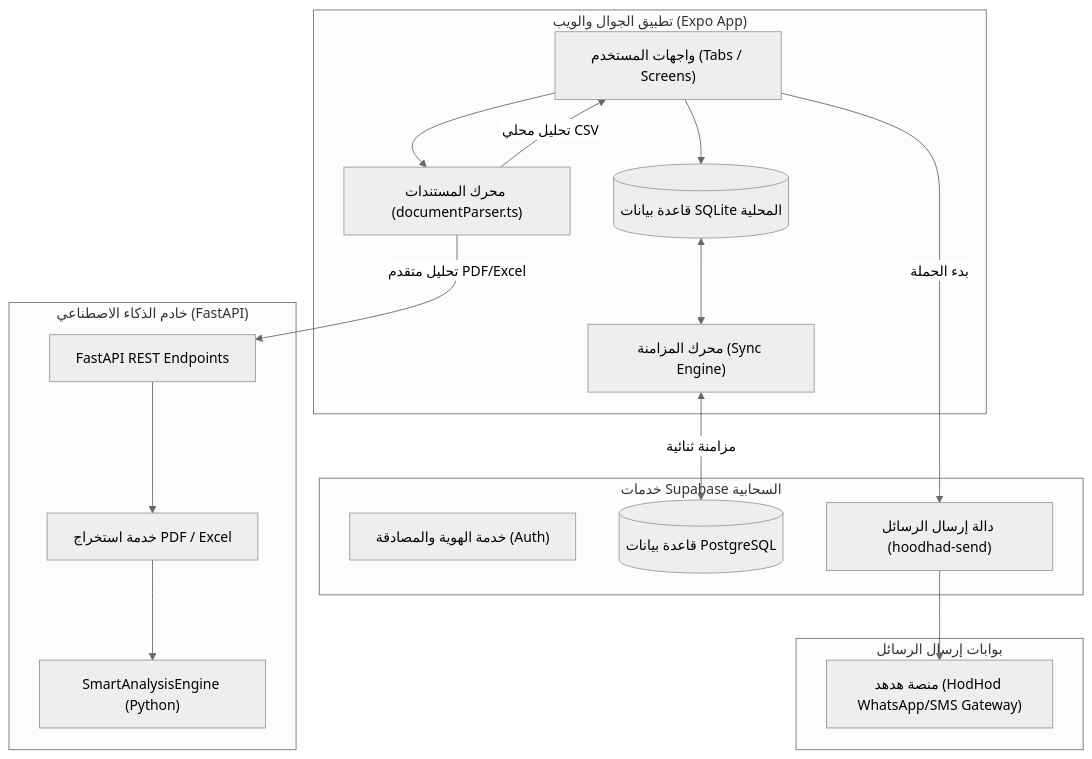
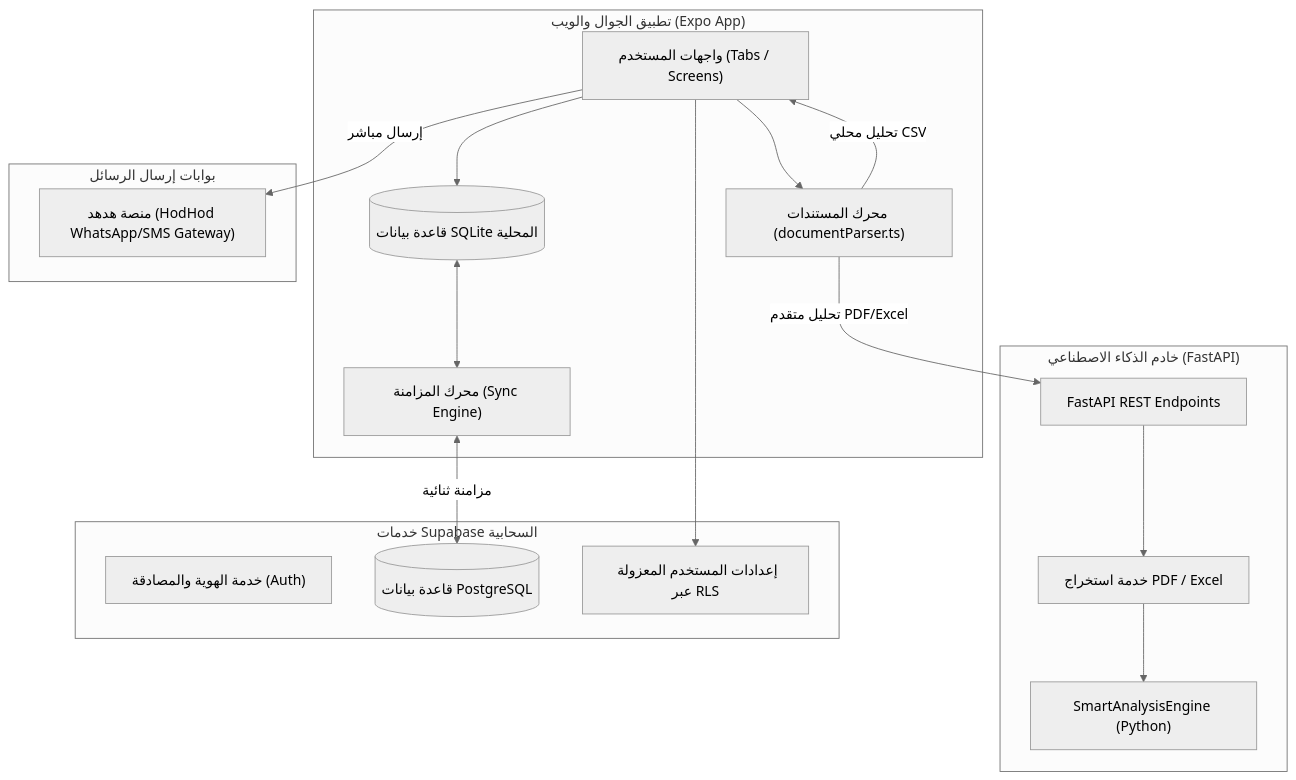
The diagram in docs/TECHNOLOGY-SPECIFICATION.md (Ammarhmlh5/SMS-Smarthoob), drawn with Mermaid (neutral theme) before and after one commit. The commit also changed other lines of this file and 36 other files, not shown here.

````diff
--- a/docs/TECHNOLOGY-SPECIFICATION.md
+++ b/docs/TECHNOLOGY-SPECIFICATION.md
@@ -30,36 +30,36 @@
 ```mermaid
 graph TB
     subgraph Client["تطبيق الجوال والويب (Expo App)"]
         UI["واجهات المستخدم (Tabs / Screens)"]
         Parser["محرك المستندات (documentParser.ts)"]
         LocalDB[(قاعدة بيانات SQLite المحلية)]
         SyncEngine["محرك المزامنة (Sync Engine)"]
     end
 
     subgraph AIService["خادم الذكاء الاصطناعي (FastAPI)"]
         FastAPI["FastAPI REST Endpoints"]
         AIEngine["SmartAnalysisEngine (Python)"]
         DocService["خدمة استخراج PDF / Excel"]
     end
 
     subgraph Cloud["خدمات Supabase السحابية"]
         Auth["خدمة الهوية والمصادقة (Auth)"]
         CloudDB[(قاعدة بيانات PostgreSQL)]
-        EdgeSend["دالة إرسال الرسائل (hoodhad-send)"]
+        RLS["إعدادات المستخدم المعزولة عبر RLS"]
     end
 
     subgraph Gateways["بوابات إرسال الرسائل"]
         HodHod["منصة هدهد (HodHod WhatsApp/SMS Gateway)"]
     end
 
     UI --> LocalDB
     UI --> Parser
     Parser -->|تحليل محلي CSV| UI
     Parser -->|تحليل متقدم PDF/Excel| FastAPI
     FastAPI --> DocService
     DocService --> AIEngine
     LocalDB <--> SyncEngine
     SyncEngine <-->|مزامنة ثنائية| CloudDB
-    UI -->|بدء الحملة| EdgeSend
-    EdgeSend --> HodHod
+    UI --> RLS
+    UI -->|إرسال مباشر| HodHod
 ```
````
